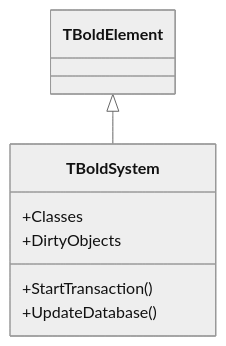
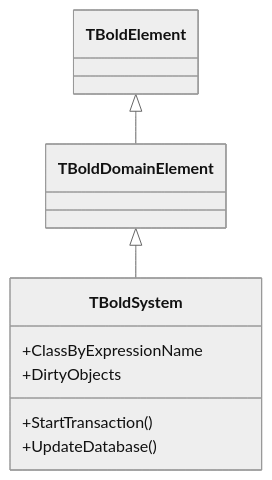
One commit to bero/BoldForDelphi changed the diagram in docs/classes/TBoldSystem.md. Above: the diagram before and after it, drawn with Mermaid (neutral theme). The commit also changed other lines of this file and 43 other files, not shown here.

````diff
--- a/docs/classes/TBoldSystem.md
+++ b/docs/classes/TBoldSystem.md
@@ -38,10 +52,11 @@
 ```mermaid
 classDiagram
-    TBoldElement <|-- TBoldSystem
-    TBoldSystem : +Classes
+    TBoldElement <|-- TBoldDomainElement
+    TBoldDomainElement <|-- TBoldSystem
+    TBoldSystem : +ClassByExpressionName
     TBoldSystem : +DirtyObjects
     TBoldSystem : +StartTransaction()
     TBoldSystem : +UpdateDatabase()
 
     click TBoldElement href "../TBoldElement/" "TBoldElement documentation"
 ```
````
